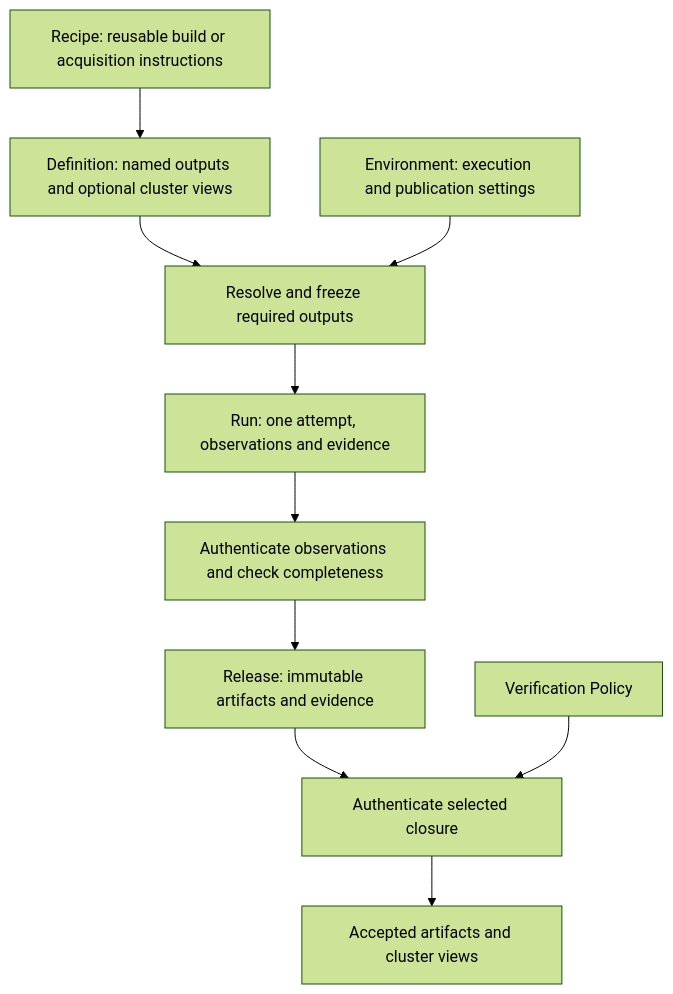
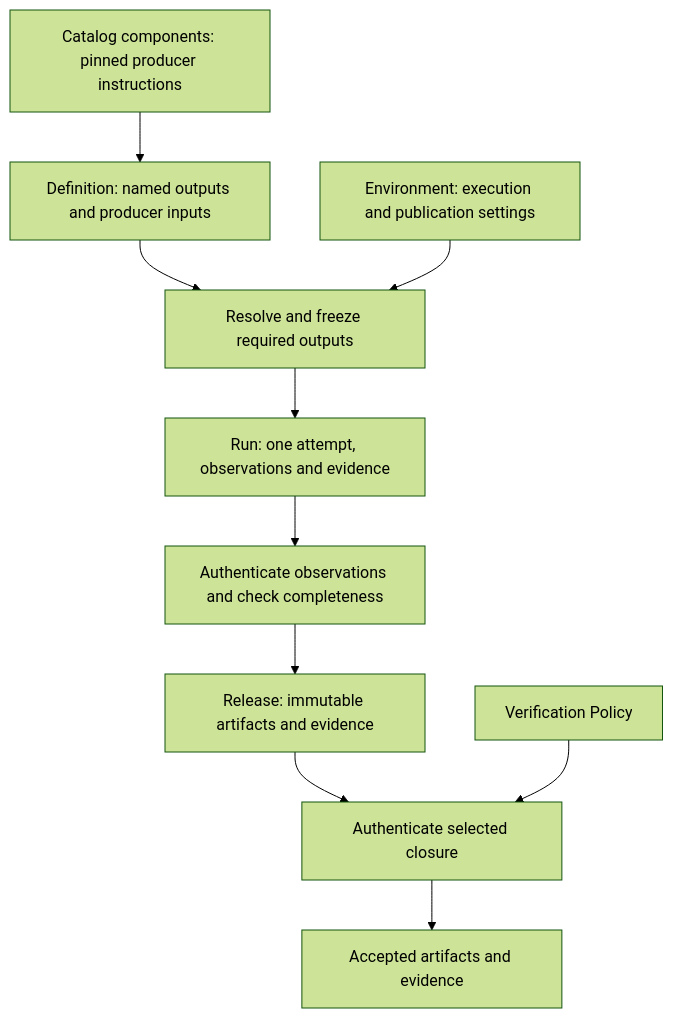
Before and after one commit to dsx-ai-factory/nvkr: the third of 6 diagrams in docs/sadd.md, drawn with Mermaid (forest theme). The commit also changed other lines of this file and 340 other files, not shown here.

First line of the commit message:
refactor(definition)!: replace recipes and topology with direct outputs

````diff
--- a/docs/sadd.md
+++ b/docs/sadd.md
@@ -213,12 +212,12 @@
 ```mermaid
 flowchart TB
-  Recipe["Recipe: reusable build or acquisition instructions"] --> Definition["Definition: named outputs and optional cluster views"]
+  Catalog["Catalog components: pinned producer instructions"] --> Definition["Definition: named outputs and producer inputs"]
   Definition --> Prepare["Resolve and freeze required outputs"]
   Environment["Environment: execution and publication settings"] --> Prepare
   Prepare --> Run["Run: one attempt, observations and evidence"]
   Run --> Complete["Authenticate observations and check completeness"]
   Complete --> Release["Release: immutable artifacts and evidence"]
   Release --> Verify["Authenticate selected closure"]
   Policy["Verification Policy"] --> Verify
-  Verify --> Consumer["Accepted artifacts and cluster views"]
+  Verify --> Consumer["Accepted artifacts and evidence"]
 ```
````
